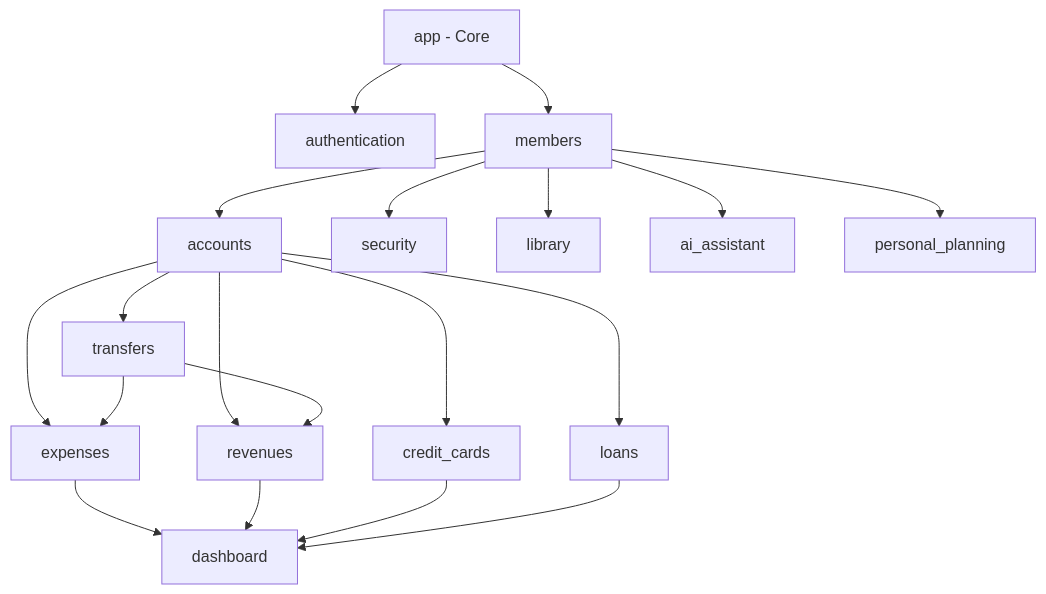
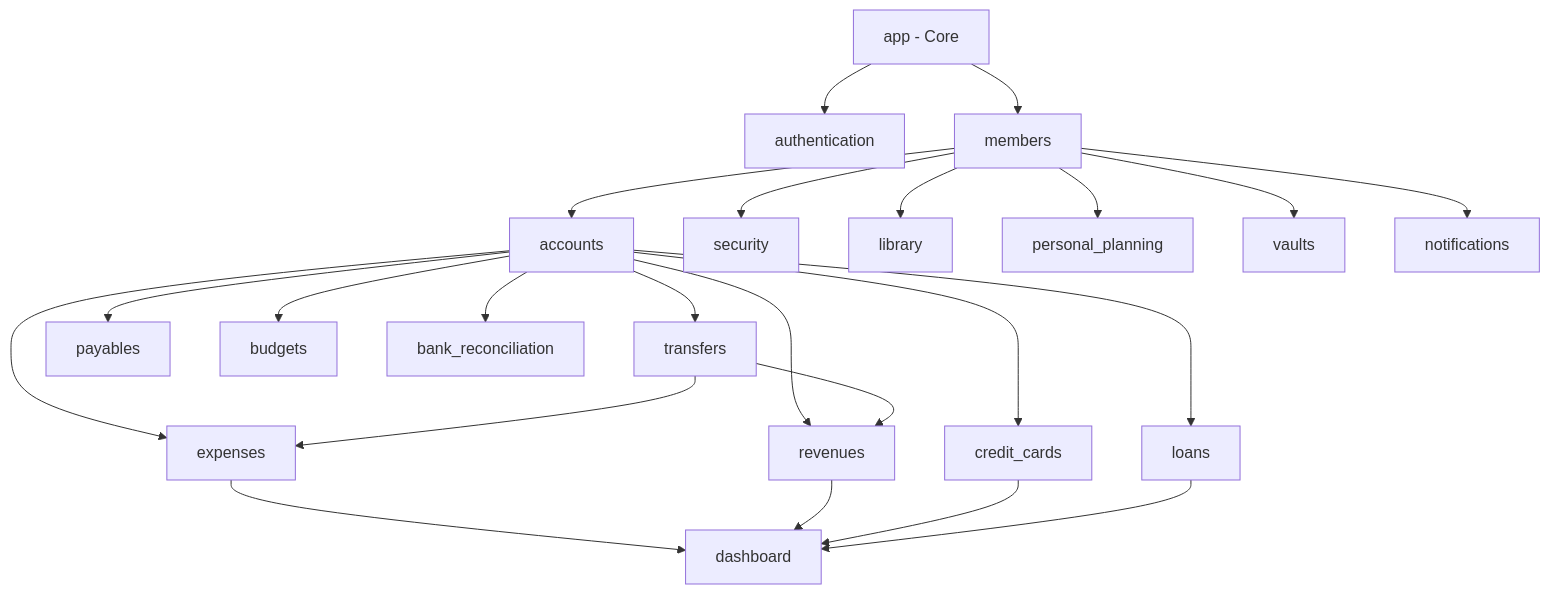
Before and after one commit to tarcisioribeiro/Axiom: the second of 2 diagrams in documentation/backend/apps_structure.md, drawn with Mermaid. The commit also changed other lines of this file and 10 other files, not shown here.

````diff
--- a/documentation/backend/apps_structure.md
+++ b/documentation/backend/apps_structure.md
@@ -537,21 +549,25 @@
 ```mermaid
 graph TD
     A[app - Core] --> B[authentication]
     A --> C[members]
     C --> D[accounts]
     D --> E[expenses]
     D --> F[revenues]
     D --> G[transfers]
     D --> H[credit_cards]
     D --> I[loans]
+    D --> P[payables]
+    D --> Q[budgets]
+    D --> R[bank_reconciliation]
     C --> J[security]
     C --> K[library]
-    C --> L[ai_assistant]
     C --> M[personal_planning]
+    C --> S[vaults]
+    C --> T[notifications]
     E --> N[dashboard]
     F --> N
     H --> N
     I --> N
     G --> E
     G --> F
 ```
````
